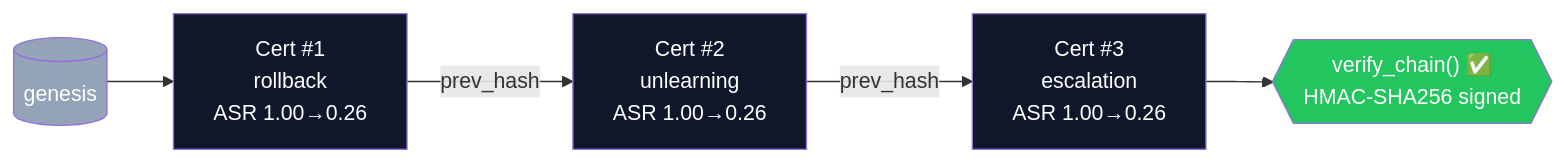
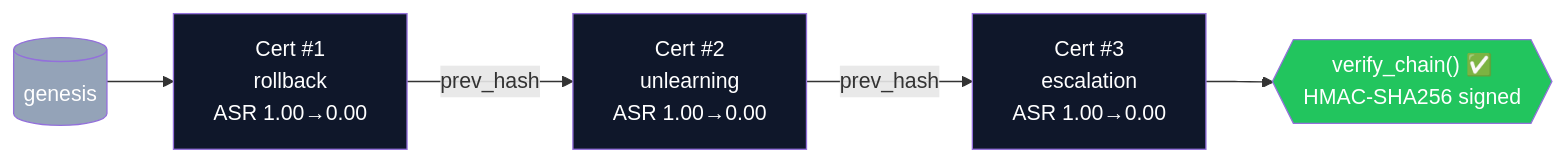
The second of 2 diagrams in README.md (Tayab-Ahamed/Sentinel-FL), drawn with Mermaid before and after one commit. The commit also changed other lines of this file and 112 other files, not shown here.

````diff
--- a/README.md
+++ b/README.md
@@ -186,10 +186,10 @@
 ```mermaid
 flowchart LR
-    G[(genesis)]:::g --> A["Cert #1<br/>rollback<br/>ASR 1.00→0.26"]:::c
-    A -->|prev_hash| B["Cert #2<br/>unlearning<br/>ASR 1.00→0.26"]:::c
-    B -->|prev_hash| C["Cert #3<br/>escalation<br/>ASR 1.00→0.26"]:::c
+    G[(genesis)]:::g --> A["Cert #1<br/>rollback<br/>ASR 1.00→0.00"]:::c
+    A -->|prev_hash| B["Cert #2<br/>unlearning<br/>ASR 1.00→0.00"]:::c
+    B -->|prev_hash| C["Cert #3<br/>escalation<br/>ASR 1.00→0.00"]:::c
     C --> V{{"verify_chain() ✅<br/>HMAC-SHA256 signed"}}:::v
     classDef g fill:#94a3b8,color:#fff;
     classDef c fill:#0f172a,color:#fff;
     classDef v fill:#22c55e,color:#fff;
 ```
````
